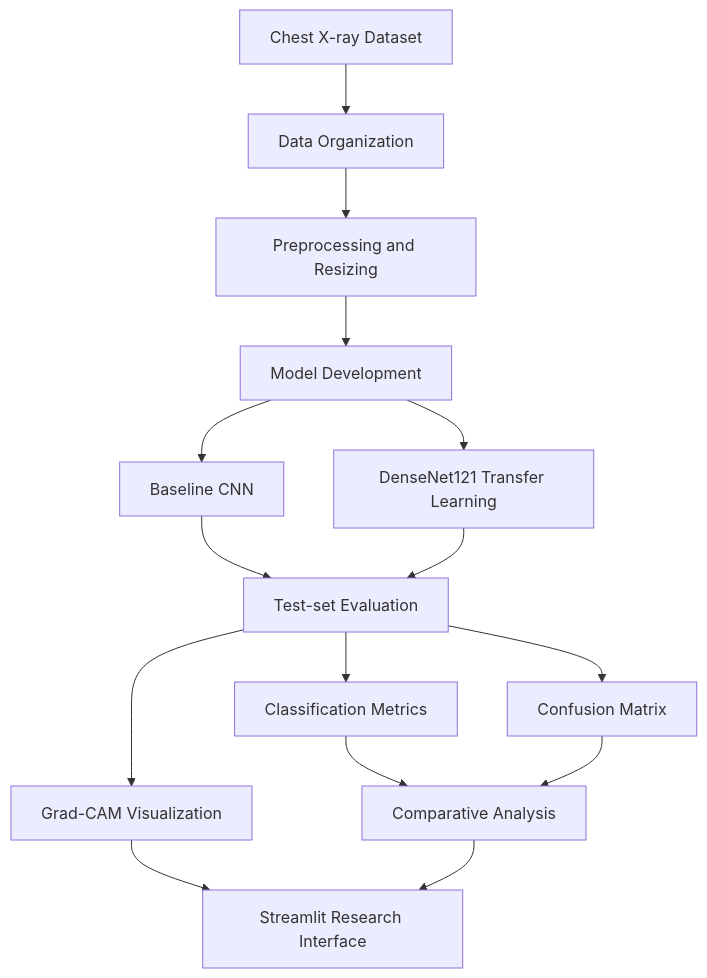
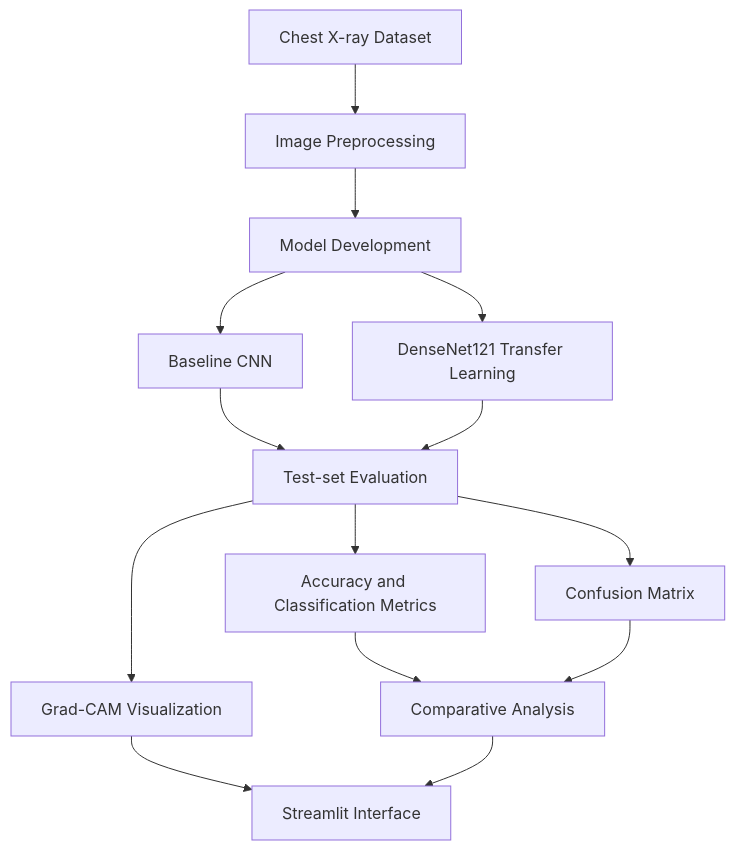
The diagram in README.md (SofiyaBioAI/Pneumonia-X-Ray-detection), drawn with Mermaid before and after one commit. The commit also changed other lines of this file, not shown here.

````diff
--- a/README.md
+++ b/README.md
@@ -92,17 +60,16 @@
 ```mermaid
 flowchart TD
-    A["Chest X-ray Dataset"] --> B["Data Organization"]
-    B --> C["Preprocessing and Resizing"]
-    C --> D["Model Development"]
-    D --> E["Baseline CNN"]
-    D --> F["DenseNet121 Transfer Learning"]
-    E --> G["Test-set Evaluation"]
-    F --> G
-    G --> H["Classification Metrics"]
-    G --> I["Confusion Matrix"]
-    G --> J["Grad-CAM Visualization"]
-    H --> K["Comparative Analysis"]
-    I --> K
-    J --> L["Streamlit Research Interface"]
-    K --> L
+    A["Chest X-ray Dataset"] --> B["Image Preprocessing"]
+    B --> C["Model Development"]
+    C --> D["Baseline CNN"]
+    C --> E["DenseNet121 Transfer Learning"]
+    D --> F["Test-set Evaluation"]
+    E --> F
+    F --> G["Accuracy and Classification Metrics"]
+    F --> H["Confusion Matrix"]
+    F --> I["Grad-CAM Visualization"]
+    G --> J["Comparative Analysis"]
+    H --> J
+    I --> K["Streamlit Interface"]
+    J --> K
 ```
````
